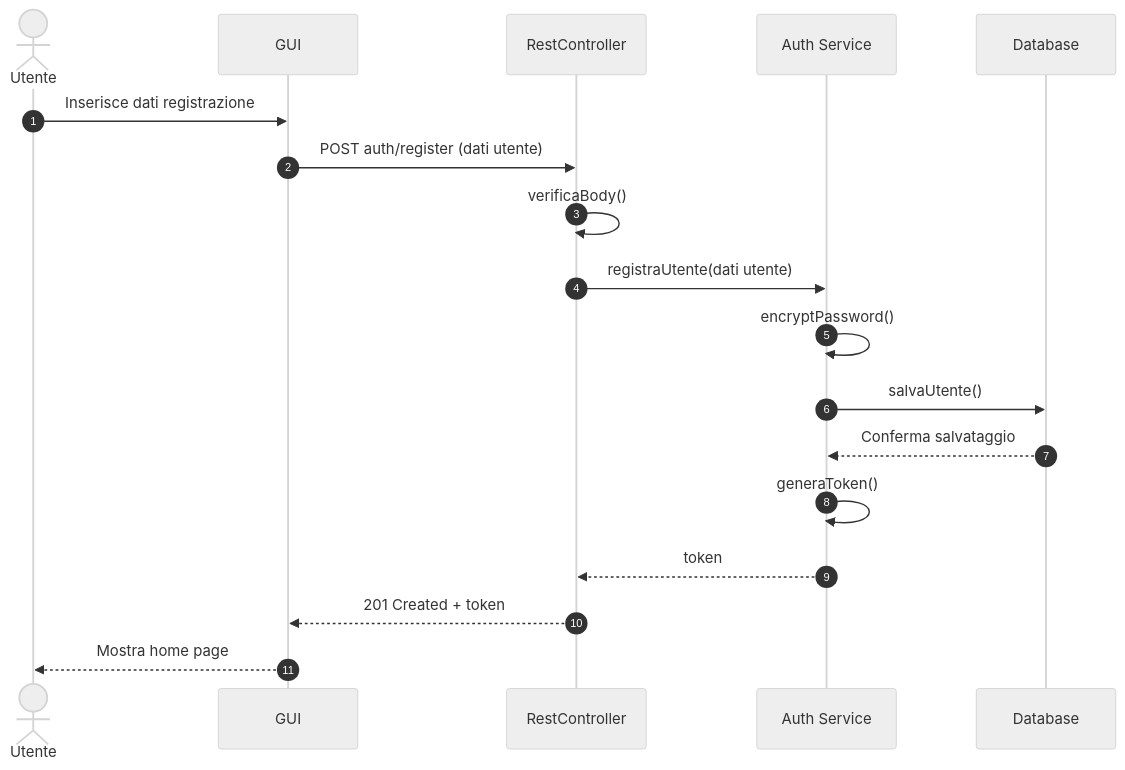
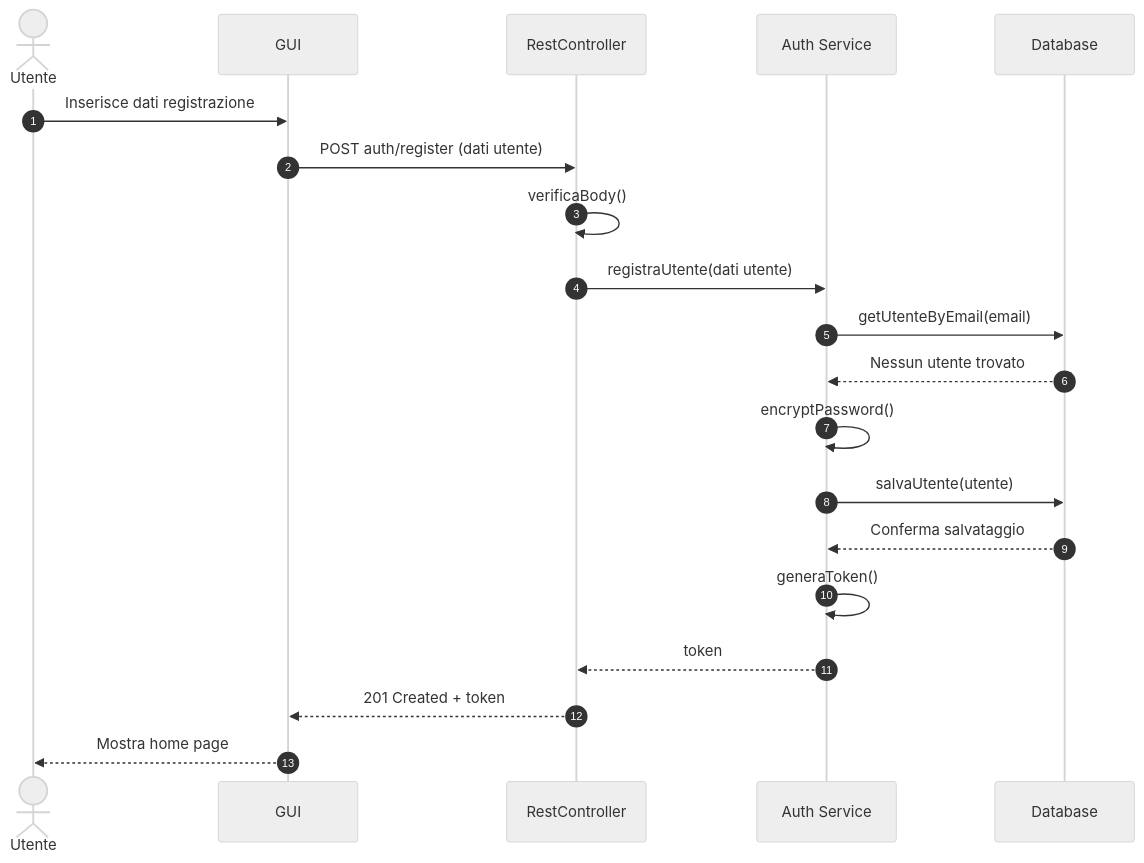
Before and after one commit to mb4dev/progetto-prova: the fifth of 5 diagrams in documentazione/Diagrammi di sequenza.md, drawn with Mermaid (neutral theme). The commit also changed other lines of this file and 7 other files, not shown here.

````diff
--- a/documentazione/Diagrammi di sequenza.md
+++ b/documentazione/Diagrammi di sequenza.md
@@ -96,23 +96,26 @@
 ``` mermaid 
 sequenceDiagram
 
 autonumber
     autonumber
     actor Utente
     participant GUI as GUI
     participant API as RestController
     participant Auth as Auth Service
     participant DB as Database
 
 Utente ->> GUI: Inserisce dati registrazione
 GUI ->> API: POST auth/register (dati utente)
 API ->> API: verificaBody()
 API ->> Auth: registraUtente(dati utente)
+Auth ->> DB: getUtenteByEmail(email)
+DB -->> Auth:  Nessun utente trovato
 Auth ->> Auth: encryptPassword()
-Auth ->> DB: salvaUtente()
+Auth ->> DB: salvaUtente(utente)
 DB -->> Auth: Conferma salvataggio
 Auth ->> Auth: generaToken()
 Auth -->> API: token
 API -->> GUI: 201 Created + token
 GUI -->> Utente: Mostra home page
+
 ```
````
